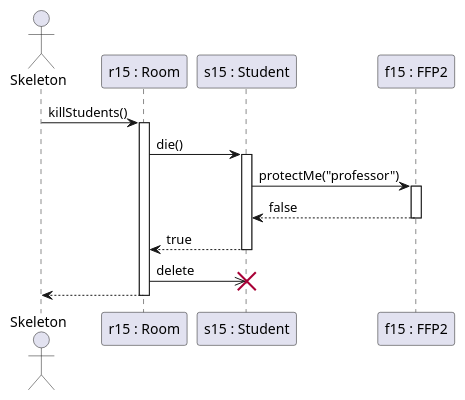
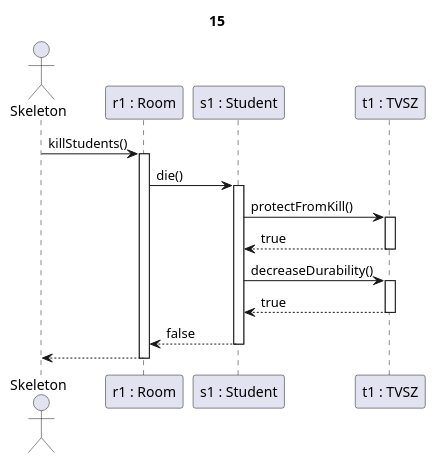
Before and after one commit to kipolaris/skyrimscriptsuttogok: the diagram in partII_sequence diagrams/15.puml, drawn with PlantUML. The commit also changed 113 other files, not shown here.

Commit message:
generated all 46 sequence diagrams and the use-case diagram

```diff
--- a/partII_sequence diagrams/15.puml
+++ b/partII_sequence diagrams/15.puml
@@ -1,21 +1,24 @@
-@startuml oktato_tamad
+@startuml tvsz + nem jár le az idő
+
+title 15
 
 actor Skeleton as sk
-participant "r15 : Room" as r
-participant "s15 : Student" as s
-participant "f15 : FFP2" as c
+participant "r1 : Room" as r
+participant "s1 : Student" as s
+participant "t1 : TVSZ" as c
 
 sk->r ++: killStudents()
 
 r -> s ++: die()
 
-s->c ++: protectMe("professor")
-c-->s --: false
+s->c ++: protectFromKill()
+c-->s --: true
 
-s-->r --: true
+s->c ++: decreaseDurability()
+c-->s --: true
 
-r->>s !!: delete
+s-->r --: false
 
 r-->sk --:
 
 @enduml
```
